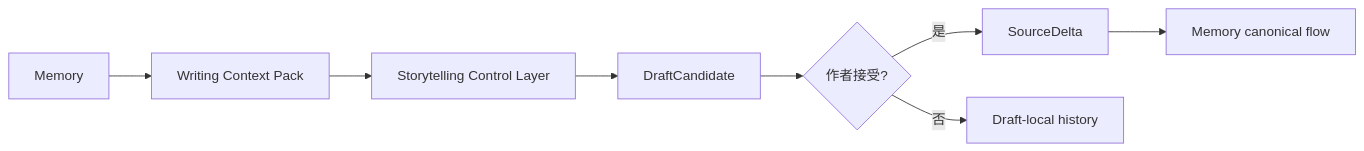
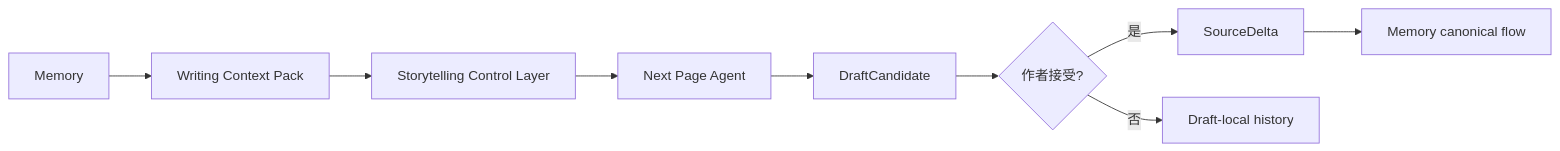
The third of 3 diagrams in goals/27-storytelling-control-layer.md (FrankQDWang/sextantlabs), drawn with Mermaid before and after one commit. The commit also changed other lines of this file, not shown here.

````diff
--- a/goals/27-storytelling-control-layer.md
+++ b/goals/27-storytelling-control-layer.md
@@ -97,10 +132,11 @@
 ```mermaid
 flowchart LR
     A[Memory] --> B[Writing Context Pack]
     B --> C[Storytelling Control Layer]
-    C --> D[DraftCandidate]
-    D --> E{作者接受?}
-    E -->|是| F[SourceDelta]
-    F --> G[Memory canonical flow]
-    E -->|否| H[Draft-local history]
+    C --> D[Next Page Agent]
+    D --> E[DraftCandidate]
+    E --> F{作者接受?}
+    F -->|是| G[SourceDelta]
+    G --> H[Memory canonical flow]
+    F -->|否| I[Draft-local history]
 ```
````
